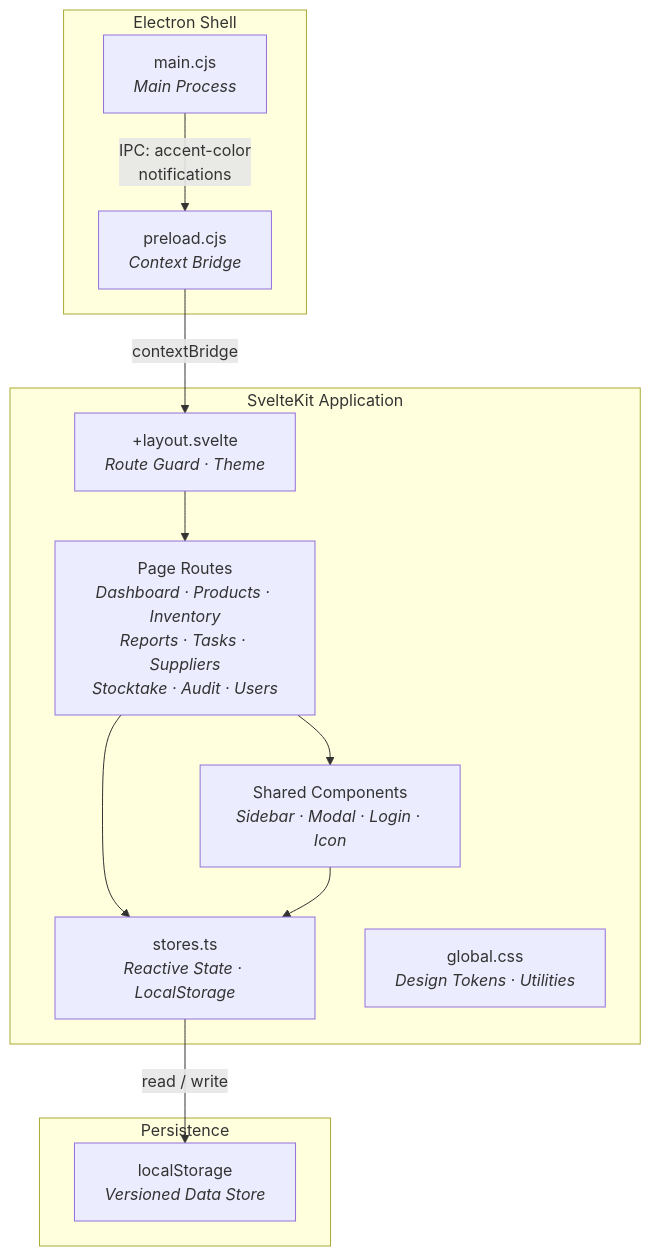
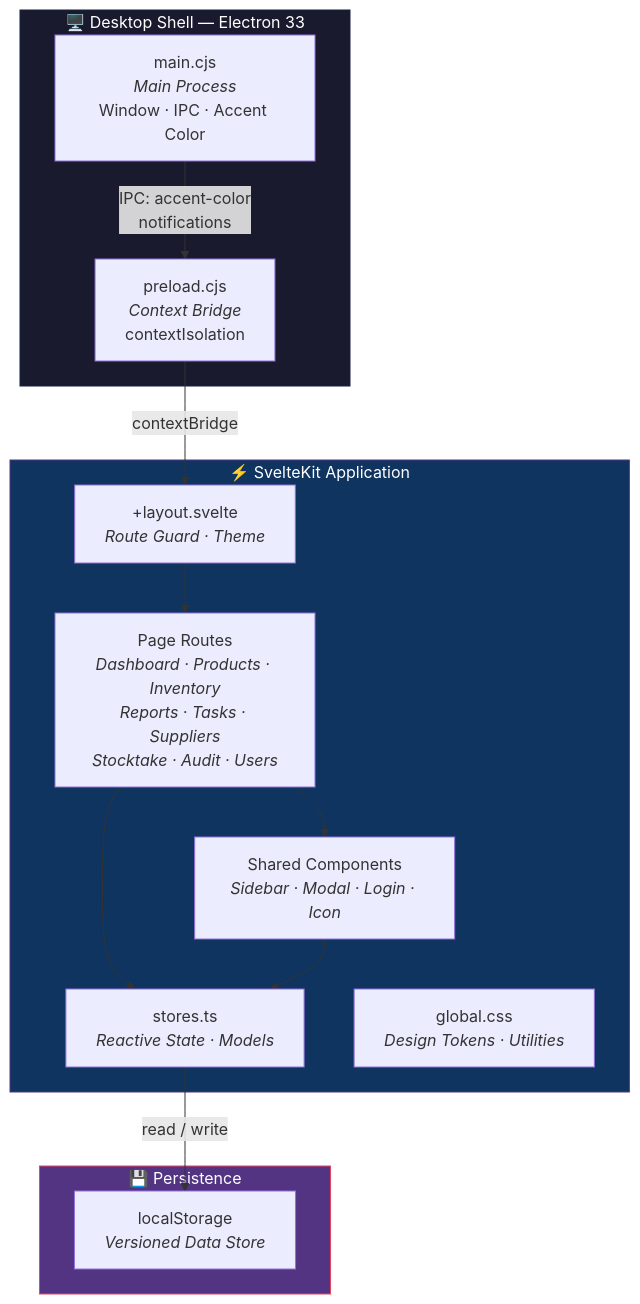
Before and after one commit to Ic0u/PolyWMS: the first of 2 diagrams in README.md, drawn with Mermaid. The commit also changed other lines of this file, not shown here.

````diff
--- a/README.md
+++ b/README.md
@@ -98,27 +104,31 @@
 ```mermaid
 graph TB
-    subgraph Electron["Electron Shell"]
-        Main["main.cjs<br/><i>Main Process</i>"]
-        Preload["preload.cjs<br/><i>Context Bridge</i>"]
+    subgraph Desktop["🖥️ Desktop Shell — Electron 33"]
+        Main["main.cjs<br/><i>Main Process</i><br/>Window · IPC · Accent Color"]
+        Preload["preload.cjs<br/><i>Context Bridge</i><br/>contextIsolation"]
     end
 
-    subgraph SvelteKit["SvelteKit Application"]
+    subgraph App["⚡ SvelteKit Application"]
         Layout["+layout.svelte<br/><i>Route Guard · Theme</i>"]
         Pages["Page Routes<br/><i>Dashboard · Products · Inventory<br/>Reports · Tasks · Suppliers<br/>Stocktake · Audit · Users</i>"]
         Components["Shared Components<br/><i>Sidebar · Modal · Login · Icon</i>"]
-        Stores["stores.ts<br/><i>Reactive State · LocalStorage</i>"]
+        Stores["stores.ts<br/><i>Reactive State · Models</i>"]
         Styles["global.css<br/><i>Design Tokens · Utilities</i>"]
     end
 
-    subgraph Storage["Persistence"]
+    subgraph Data["💾 Persistence"]
         LS["localStorage<br/><i>Versioned Data Store</i>"]
     end
 
     Main -->|"IPC: accent-color<br/>notifications"| Preload
     Preload -->|"contextBridge"| Layout
     Layout --> Pages
     Pages --> Components
     Pages --> Stores
     Components --> Stores
     Stores -->|"read / write"| LS
+
+    style Desktop fill:#1a1a2e,stroke:#16213e,color:#fff
+    style App fill:#0f3460,stroke:#533483,color:#fff
+    style Data fill:#533483,stroke:#e94560,color:#fff
 ```
````
